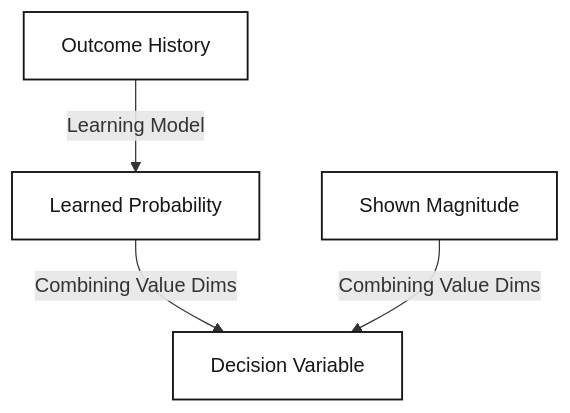
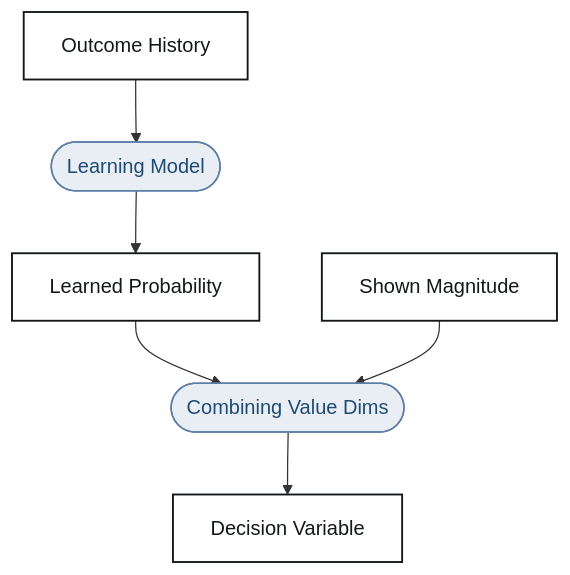
Before and after one commit to JanGrohn/ComputationalModelingBlockPractical: the diagram in docs/session2/diagrams/pipeline-utility.mmd, drawn with Mermaid. The commit also changed 11 other files, not shown here.

```diff
--- a/docs/session2/diagrams/pipeline-utility.mmd
+++ b/docs/session2/diagrams/pipeline-utility.mmd
@@ -1,8 +1,11 @@
 flowchart TD
-  OH["Outcome History"] -->|"Learning Model"| LP["Learned Probability"]
-  LP -->|"Combining Value Dims"| DV["Decision Variable"]
-  SM["Shown Magnitude"] -->|"Combining Value Dims"| DV
+  OH["Outcome History"] --> LM(["Learning Model"])
+  LM --> LP["Learned Probability"]
+  LP --> CV(["Combining Value Dims"])
+  SM["Shown Magnitude"] --> CV
+  CV --> DV["Decision Variable"]
 
   classDef state fill:#ffffff,stroke:#14171a,stroke-width:1.5px,color:#14171a;
   classDef op fill:#e8eef4,stroke:#5b7fa6,stroke-width:1.2px,color:#1f4b73;
   class OH,LP,SM,DV state;
+  class LM,CV op;
```
